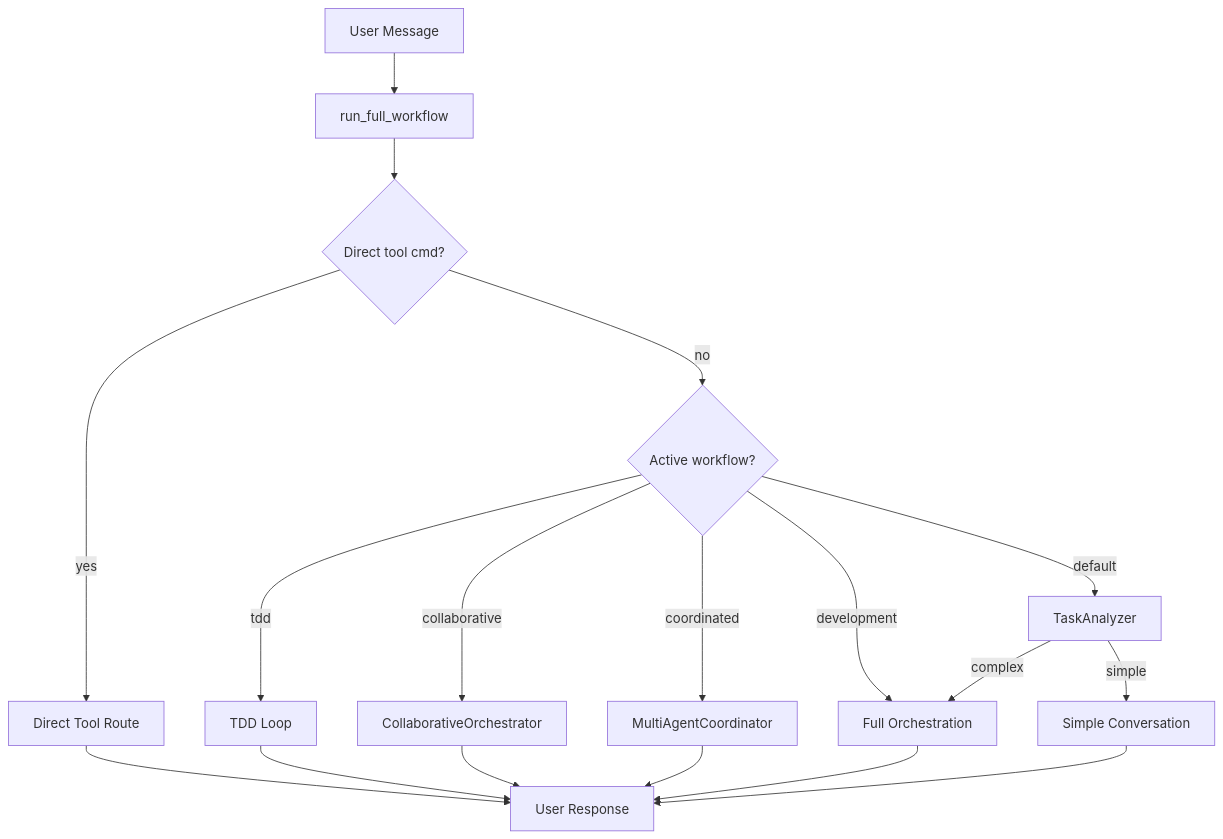
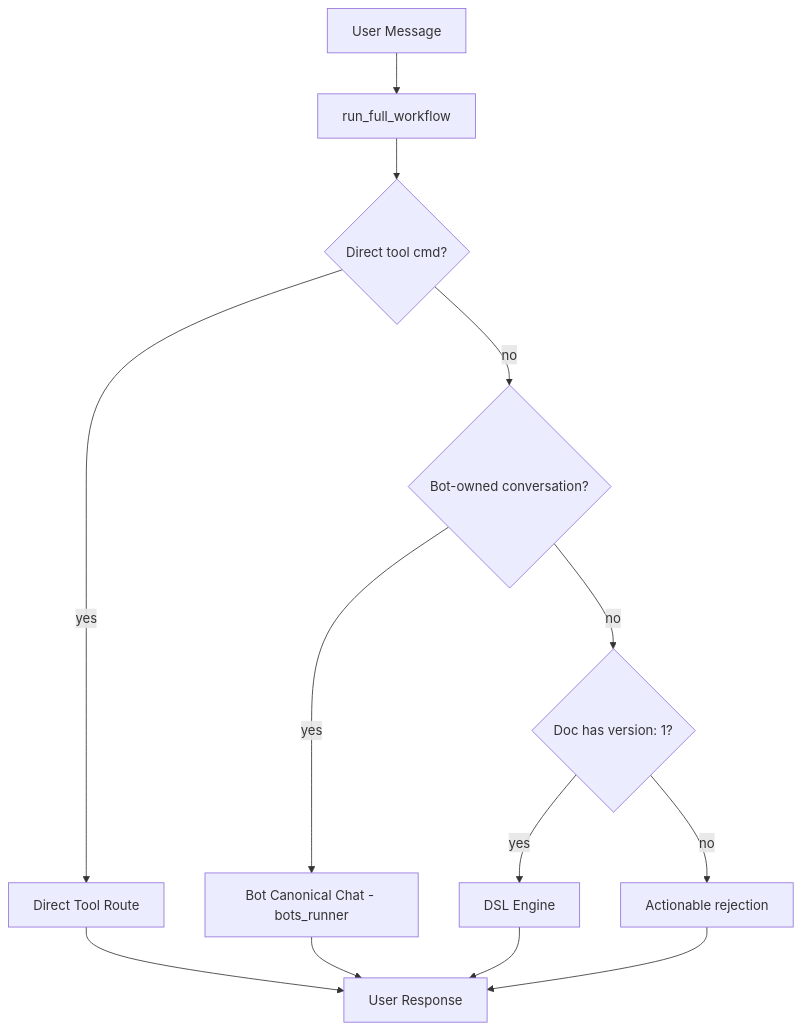
The diagram in docs/architecture/index.md (Morphilab/morphix), drawn with Mermaid before and after one commit. The commit also changed other lines of this file and 44 other files, not shown here.

````diff
--- a/docs/architecture/index.md
+++ b/docs/architecture/index.md
@@ -18,20 +18,15 @@
 ```mermaid
 graph TD
     A[User Message] --> B[run_full_workflow]
     B --> C{Direct tool cmd?}
     C -->|yes| D[Direct Tool Route]
-    C -->|no| E{Active workflow?}
-    E -->|tdd| F[TDD Loop]
-    E -->|collaborative| G[CollaborativeOrchestrator]
-    E -->|coordinated| H[MultiAgentCoordinator]
-    E -->|development| I[Full Orchestration]
-    E -->|default| J[TaskAnalyzer]
-    J -->|simple| K[Simple Conversation]
-    J -->|complex| I
+    C -->|no| E{Bot-owned conversation?}
+    E -->|yes| F[Bot Canonical Chat - bots_runner]
+    E -->|no| G{Doc has version: 1?}
+    G -->|yes| H[DSL Engine]
+    G -->|no| X[Actionable rejection]
     D --> M[User Response]
     F --> M
-    G --> M
     H --> M
-    I --> M
-    K --> M
+    X --> M
 ```
````
